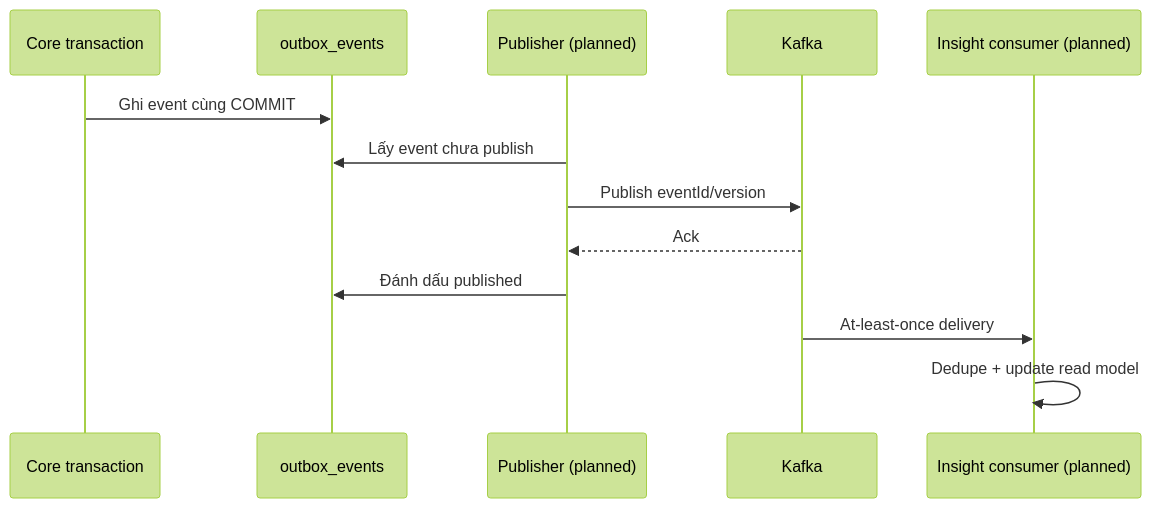
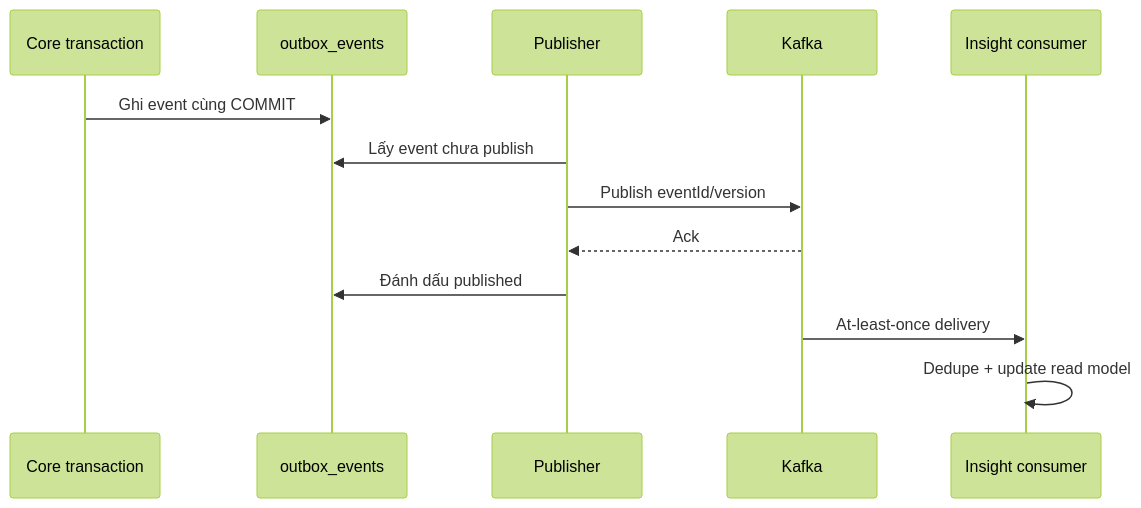
Before and after one commit to Shuuma4869/He-thong-quan-ly-va-khai-thac-thu-vien: the second of 2 diagrams in tai-lieu/08-van-hanh/system-flow.md, drawn with Mermaid (forest theme). The commit also changed other lines of this file and 1 other file, not shown here.

````diff
--- a/tai-lieu/08-van-hanh/system-flow.md
+++ b/tai-lieu/08-van-hanh/system-flow.md
@@ -25,15 +24,15 @@
 ```mermaid
 sequenceDiagram
   participant C as Core transaction
   participant O as outbox_events
-  participant P as Publisher (planned)
+  participant P as Publisher
   participant K as Kafka
-  participant I as Insight consumer (planned)
+  participant I as Insight consumer
   C->>O: Ghi event cùng COMMIT
   P->>O: Lấy event chưa publish
   P->>K: Publish eventId/version
   K-->>P: Ack
   P->>O: Đánh dấu published
   K->>I: At-least-once delivery
   I->>I: Dedupe + update read model
 ```
````
